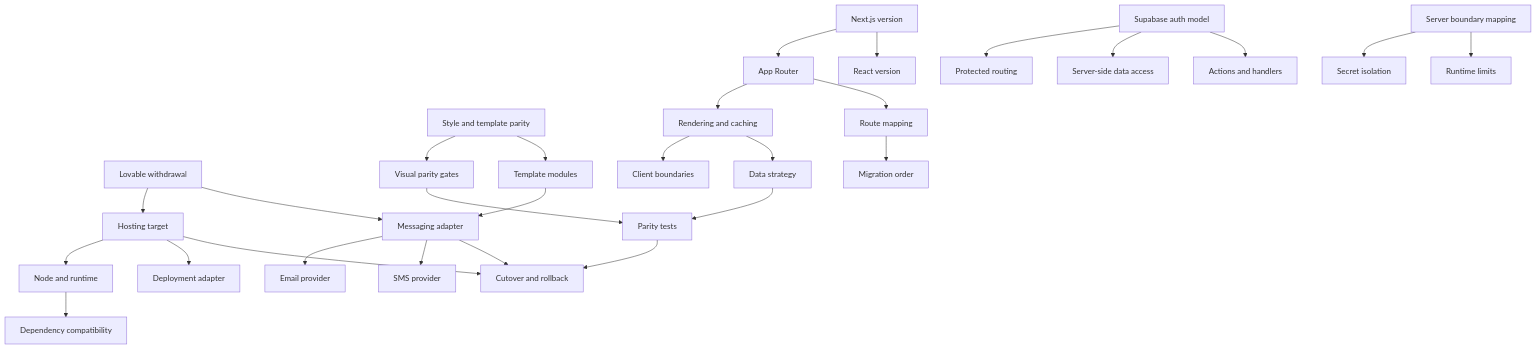
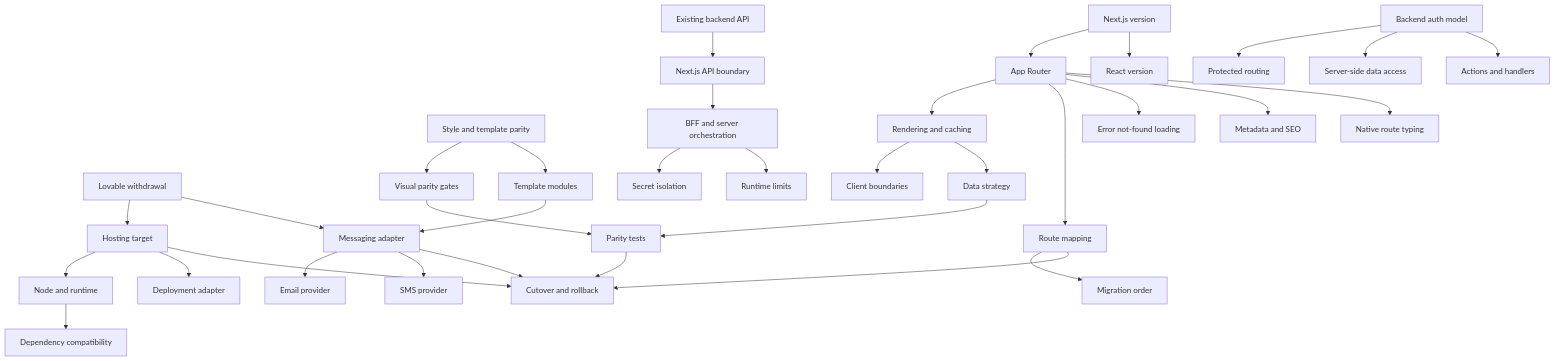
Before and after one commit to Ali-sherif/loyollo-web: the diagram in docs/architecture/decision-dependencies.md, drawn with Mermaid. The commit also changed other lines of this file and 12 other files, not shown here.

Commit message:
docs: refine architecture documentation with updated routing, rendering strategies, and authentication model for Next.js migration

````diff
--- a/docs/architecture/decision-dependencies.md
+++ b/docs/architecture/decision-dependencies.md
@@ -3,30 +3,36 @@
 ```mermaid
 flowchart TD
   LovableOut[Lovable withdrawal] --> Hosting[Hosting target]
   LovableOut --> MessagingAdapter[Messaging adapter]
   StyleParity[Style and template parity] --> VisualGates[Visual parity gates]
   StyleParity --> TemplateModules[Template modules]
   Hosting --> Node[Node and runtime]
   Hosting --> Adapter[Deployment adapter]
   MessagingAdapter --> EmailProvider[Email provider]
   MessagingAdapter --> SmsProvider[SMS provider]
   TemplateModules --> MessagingAdapter
   NextVersion[Next.js version] --> AppRouter[App Router]
   NextVersion --> ReactVersion[React version]
   Node --> Dependencies[Dependency compatibility]
   AppRouter --> Rendering[Rendering and caching]
   AppRouter --> Routes[Route mapping]
-  Auth[Supabase auth model] --> Protected[Protected routing]
+  Auth[Backend auth model] --> Protected[Protected routing]
   Auth --> ServerData[Server-side data access]
   Auth --> Mutations[Actions and handlers]
-  ServerBoundaries[Server boundary mapping] --> Secrets[Secret isolation]
+  Backend[Existing backend API] --> ApiBoundary[Next.js API boundary]
+  ApiBoundary --> ServerBoundaries[BFF and server orchestration]
+  ServerBoundaries --> Secrets[Secret isolation]
   ServerBoundaries --> RuntimeLimits[Runtime limits]
+  AppRouter --> Errors[Error not-found loading]
+  AppRouter --> Metadata[Metadata and SEO]
+  AppRouter --> RouteTypes[Native route typing]
   Rendering --> ClientBoundaries[Client boundaries]
   Rendering --> DataStrategy[Data strategy]
   Routes --> MigrationOrder[Migration order]
   DataStrategy --> Testing[Parity tests]
   VisualGates --> Testing
   Hosting --> Cutover[Cutover and rollback]
   MessagingAdapter --> Cutover
   Testing --> Cutover
+  Routes --> Cutover
 ```
````
